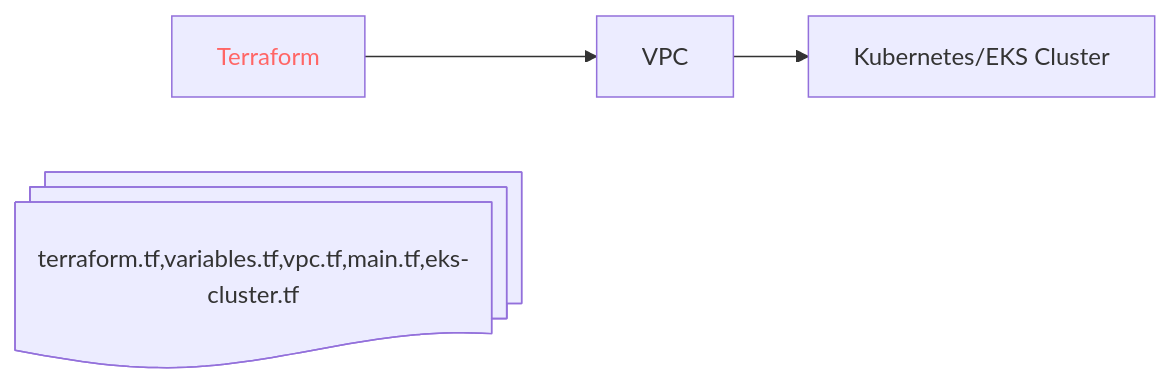
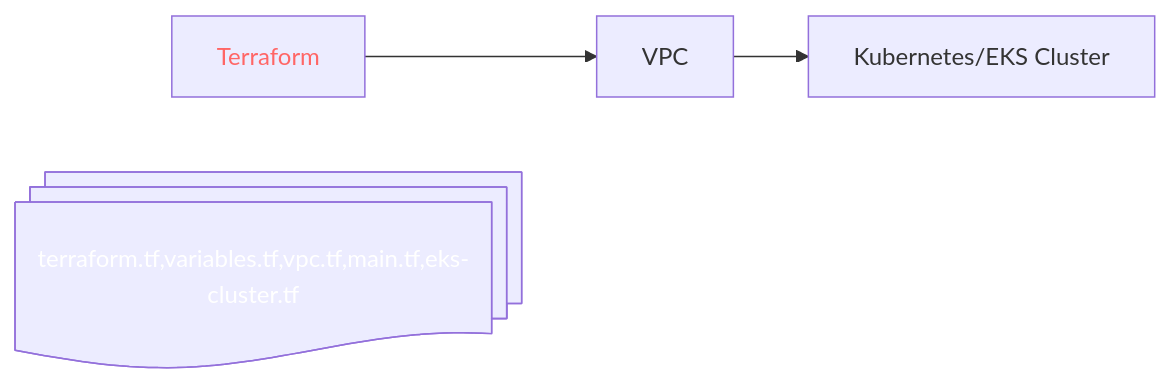
One commit to lazyjitsu/gitops-udemy changed the diagram in README.md. Above: the diagram before and after it, drawn with Mermaid.

Commit message:
adding doc color text

````diff
--- a/README.md
+++ b/README.md
@@ -3,10 +3,11 @@
 ```mermaid
 graph LR;
     Terra["Terraform"]
     VPC["VPC"]
     K8S["Kubernetes/EKS Cluster"]
     Terra --> VPC --> K8S
 
 style Terra color:#f66
 A@{ shape: docs, label: "terraform.tf,variables.tf,vpc.tf,main.tf,eks-cluster.tf" }
+style A color:#FFF
 ```
````
